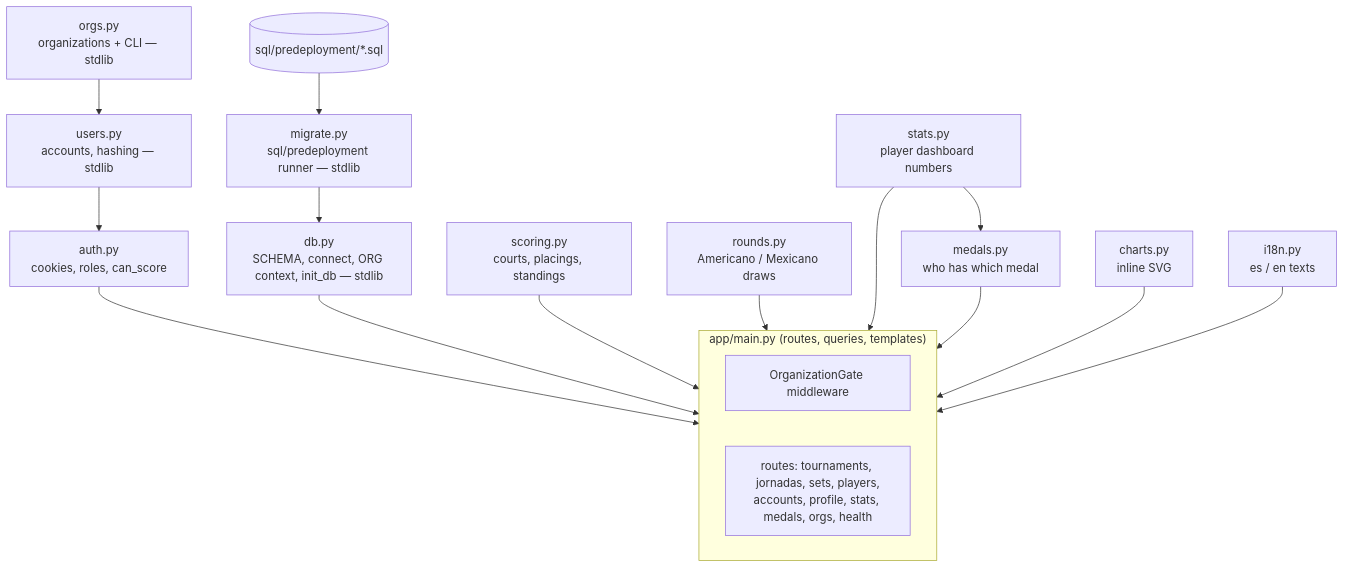
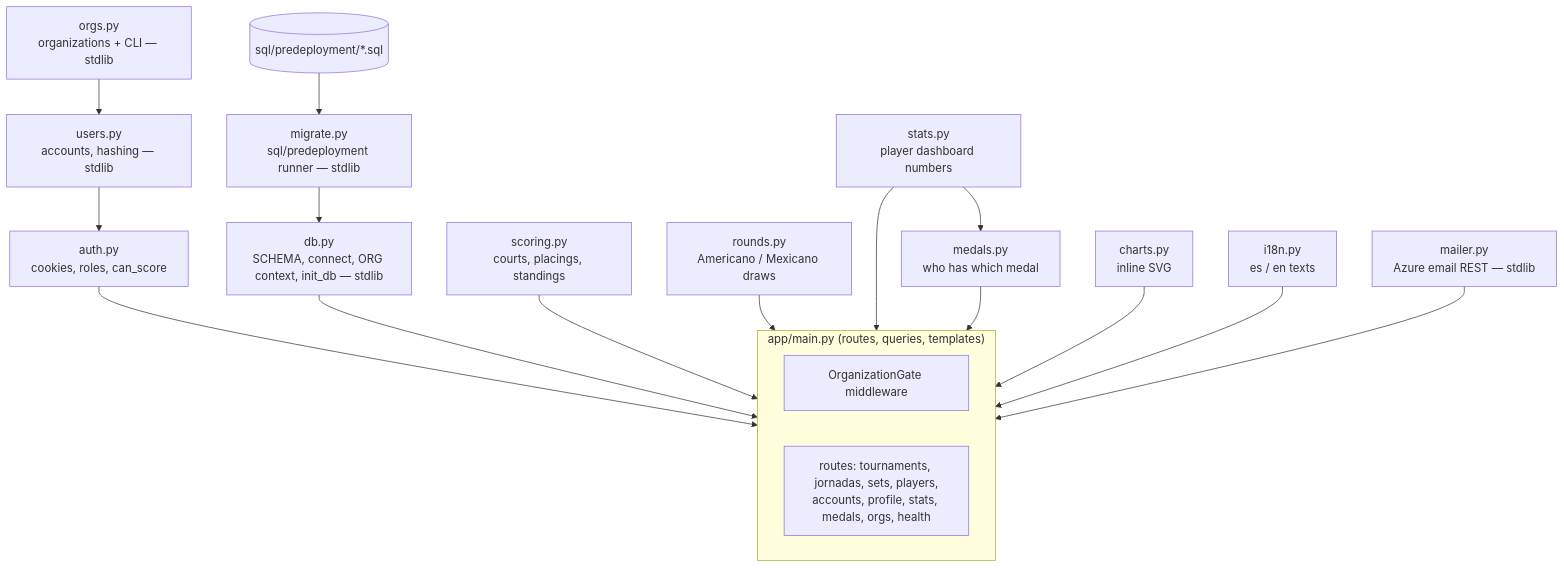
The first of 5 diagrams in docs/processes/ARCHITECTURE.md (Sorrycion/PadelScore), drawn with Mermaid before and after one commit. The commit also changed other lines of this file and 19 other files, not shown here.

First line of the commit message:
Email recaps through Azure Communication Services

````diff
--- a/docs/processes/ARCHITECTURE.md
+++ b/docs/processes/ARCHITECTURE.md
@@ -9,20 +9,21 @@
 ```mermaid
 flowchart TD
     subgraph web["app/main.py (routes, queries, templates)"]
         GATE[OrganizationGate middleware]
         ROUTES[routes: tournaments, jornadas, sets, players,<br/>accounts, profile, stats, medals, orgs, health]
     end
     AUTH[auth.py<br/>cookies, roles, can_score] --> web
     USERS[users.py<br/>accounts, hashing — stdlib] --> AUTH
     ORGS[orgs.py<br/>organizations + CLI — stdlib] --> USERS
     DB[db.py<br/>SCHEMA, connect, ORG context, init_db — stdlib] --> web
     MIG[migrate.py<br/>sql/predeployment runner — stdlib] --> DB
     SCORING[scoring.py<br/>courts, placings, standings] --> web
     ROUNDS[rounds.py<br/>Americano / Mexicano draws] --> web
     STATS[stats.py<br/>player dashboard numbers] --> web
     MEDALS[medals.py<br/>who has which medal] --> web
     STATS --> MEDALS
     CHARTS[charts.py<br/>inline SVG] --> web
     I18N[i18n.py<br/>es / en texts] --> web
+    MAIL[mailer.py<br/>Azure email REST — stdlib] --> web
     SQL[(sql/predeployment/*.sql)] --> MIG
 ```
````
